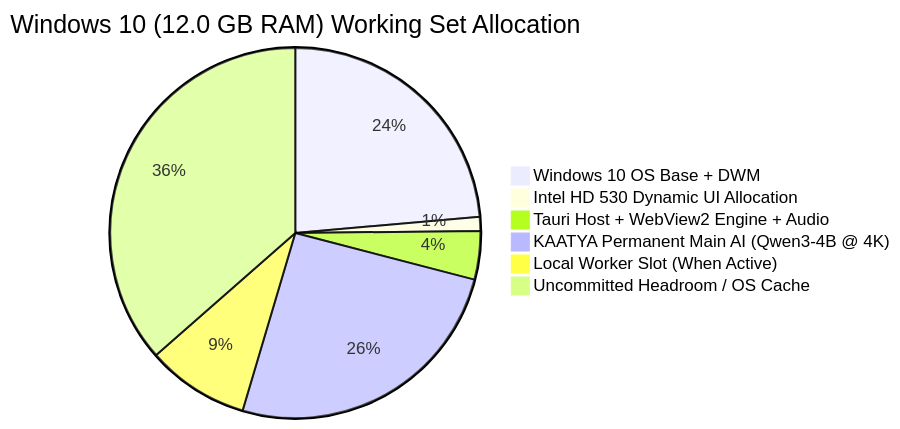
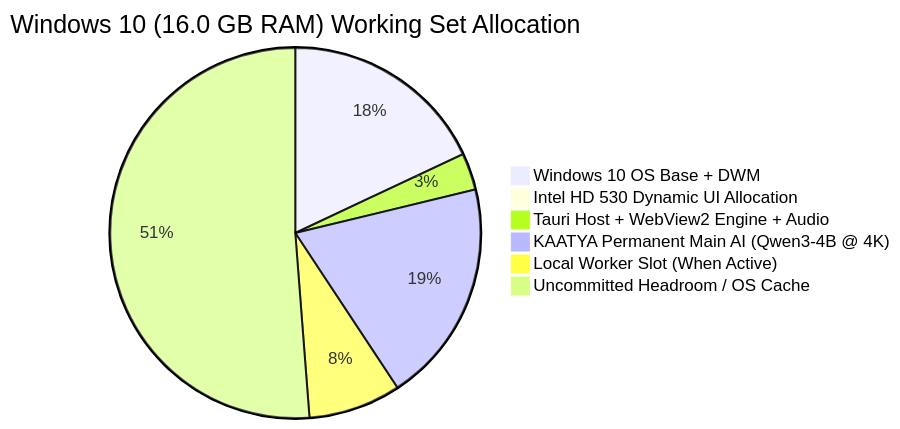
The diagram in KAATYA_FINAL_AUDIT_REPORT.md (vishishthgaurlittle-byte/stitch-neural-command-audit), drawn with Mermaid before and after one commit. The commit also changed other lines of this file and 20 other files, not shown here.

````diff
--- a/KAATYA_FINAL_AUDIT_REPORT.md
+++ b/KAATYA_FINAL_AUDIT_REPORT.md
@@ -29,9 +29,9 @@
 ```mermaid
-pie title Windows 10 (12.0 GB RAM) Working Set Allocation
+pie title Windows 10 (16.0 GB RAM) Working Set Allocation
     "Windows 10 OS Base + DWM" : 2900
     "Intel HD 530 Dynamic UI Allocation" : 150
     "Tauri Host + WebView2 Engine + Audio" : 520
     "KAATYA Permanent Main AI (Qwen3-4B @ 4K)" : 3138
-    "Local Worker Slot (When Active)" : 1100
-    "Uncommitted Headroom / OS Cache" : 4480
+    "Local Worker Slot (When Active)" : 1300
+    "Uncommitted Headroom / OS Cache" : 8252
 ```
````
